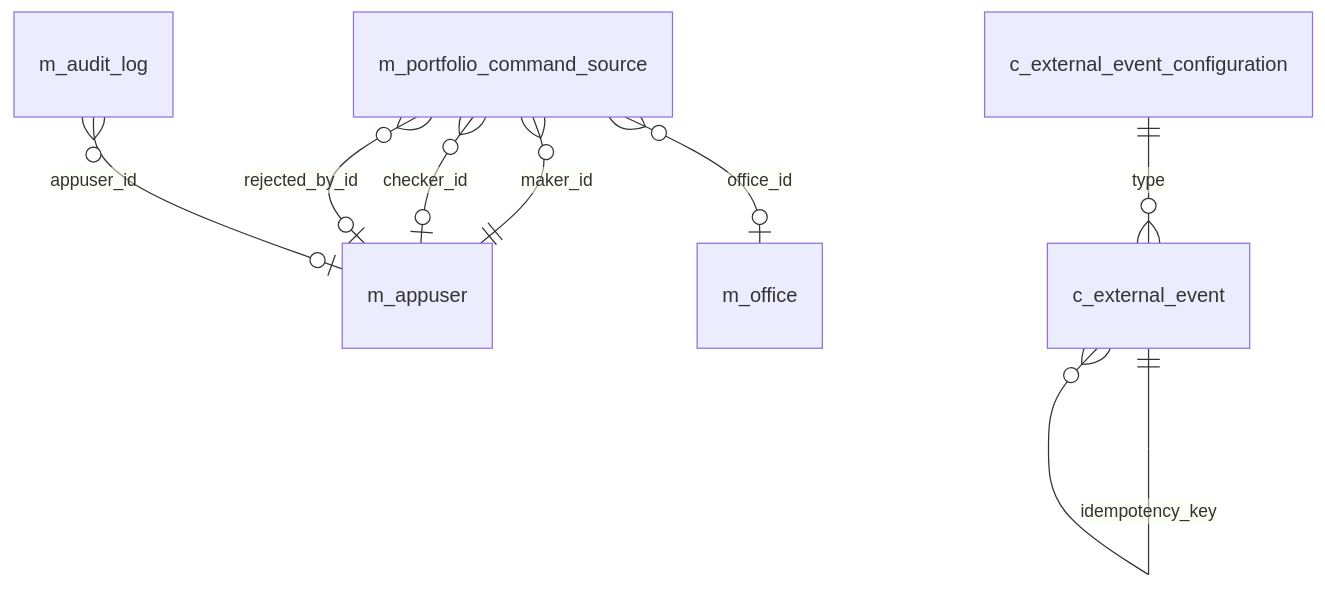
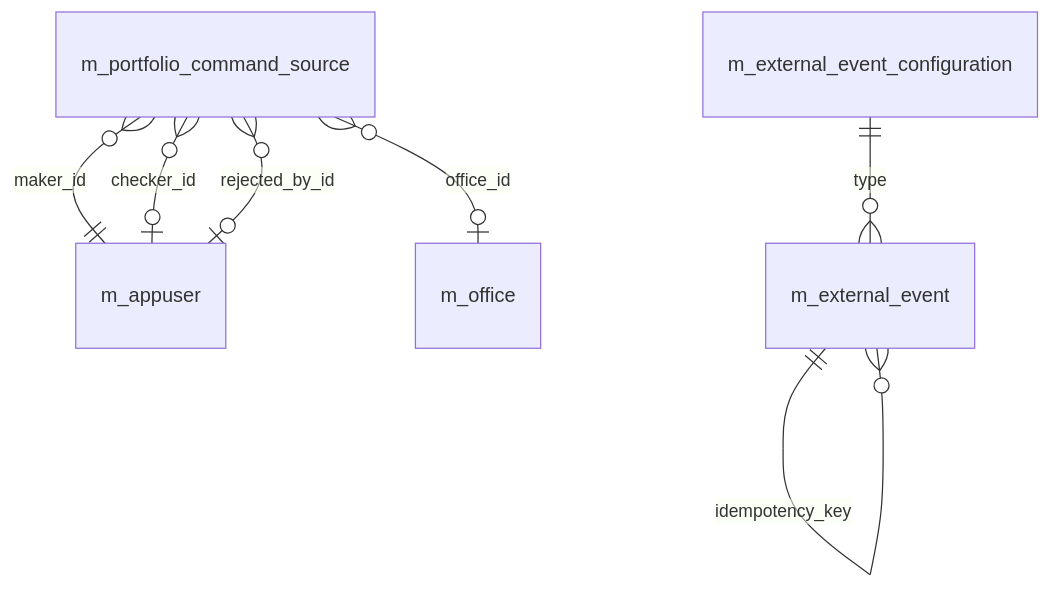
Before and after one commit to mintlify-atlas/docs-wiki-7f6244b0: the diagram in models/audit-and-commands-model.mdx, drawn with Mermaid. The commit also changed other lines of this file and 28 other files, not shown here.

````diff
--- a/models/audit-and-commands-model.mdx
+++ b/models/audit-and-commands-model.mdx
@@ -13,10 +13,9 @@
 ```mermaid
 erDiagram
     m_portfolio_command_source }o--|| m_appuser : "maker_id"
     m_portfolio_command_source }o--o| m_appuser : "checker_id"
     m_portfolio_command_source }o--o| m_office : "office_id"
     m_portfolio_command_source }o--o| m_appuser : "rejected_by_id"
-    c_external_event_configuration ||--o{ c_external_event : "type"
-    c_external_event ||--o{ c_external_event : "idempotency_key"
-    m_audit_log }o--o| m_appuser : "appuser_id"
+    m_external_event_configuration ||--o{ m_external_event : "type"
+    m_external_event ||--o{ m_external_event : "idempotency_key"
 ```
````
